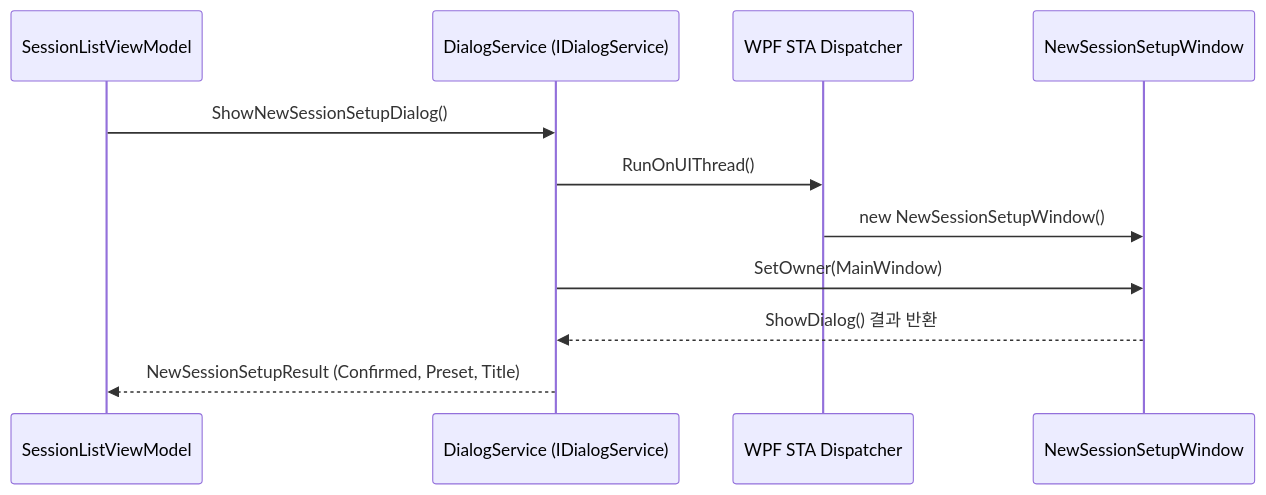
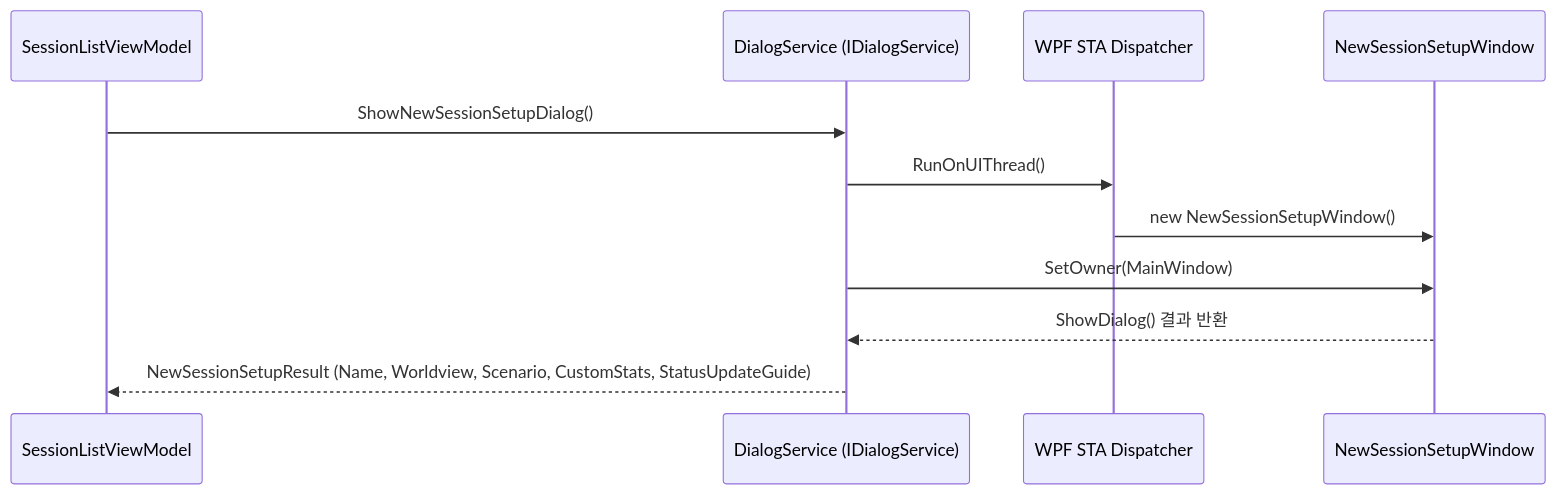
Before and after one commit to jin20203458/Obsidian.Agent: the third of 3 diagrams in GRC/docs/01_grc_architecture.md, drawn with Mermaid. The commit also changed other lines of this file and 3 other files, not shown here.

````diff
--- a/GRC/docs/01_grc_architecture.md
+++ b/GRC/docs/01_grc_architecture.md
@@ -189,14 +193,14 @@
 ```mermaid
 sequenceDiagram
     participant VM as SessionListViewModel
     participant DS as DialogService (IDialogService)
     participant UI as WPF STA Dispatcher
     participant W as NewSessionSetupWindow
 
     VM->>DS: ShowNewSessionSetupDialog()
     DS->>UI: RunOnUIThread()
     UI->>W: new NewSessionSetupWindow()
     DS->>W: SetOwner(MainWindow)
     W-->>DS: ShowDialog() 결과 반환
-    DS-->>VM: NewSessionSetupResult (Confirmed, Preset, Title)
+    DS-->>VM: NewSessionSetupResult (Name, Worldview, Scenario, CustomStats, StatusUpdateGuide)
 ```
````
